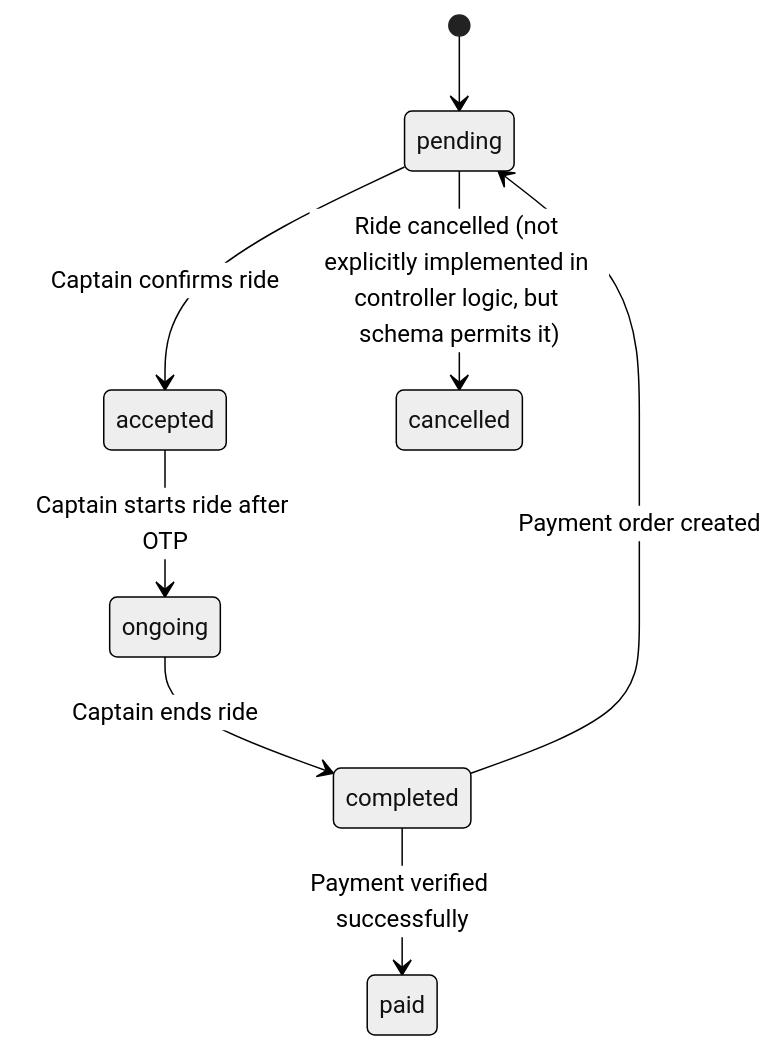
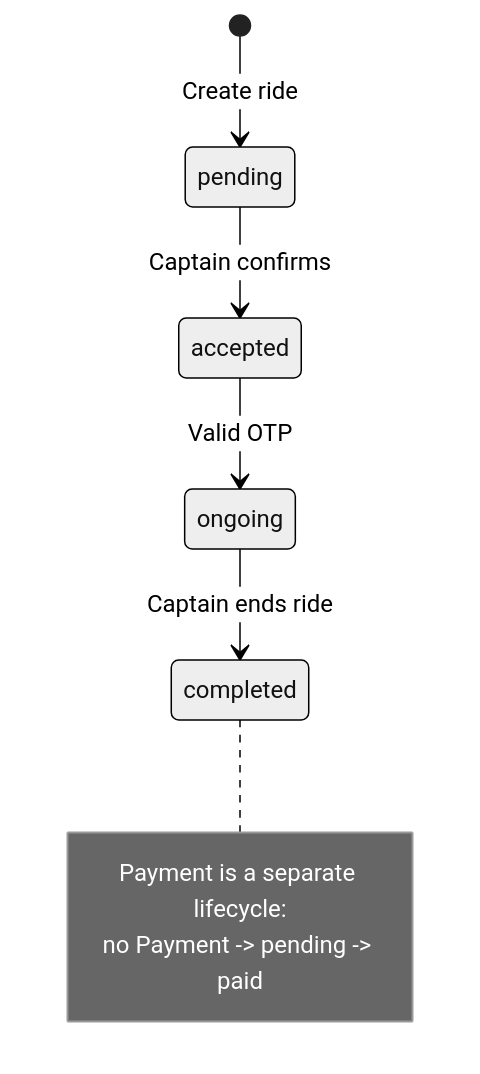
One commit to himanshu-sahu-027/goSafar changed diagram 12 of 15 in README.md. Above: the diagram before and after it, drawn with Mermaid (neutral theme). The commit also changed other lines of this file and 29 other files, not shown here.

First line of the commit message:
feat: add Google Sign-In functionality to Captain and User authentication flows

````diff
--- a/README.md
+++ b/README.md
@@ -316,10 +383,11 @@
 ```mermaid
 stateDiagram-v2
-    [*] --> pending
-    pending --> accepted: Captain confirms ride
-    accepted --> ongoing: Captain starts ride after OTP
+    [*] --> pending: Create ride
+    pending --> accepted: Captain confirms
+    accepted --> ongoing: Valid OTP
     ongoing --> completed: Captain ends ride
-    pending --> cancelled: Ride cancelled (not explicitly implemented in controller logic, but schema permits it)
-    completed --> paid: Payment verified successfully
-    completed --> pending: Payment order created
+    note right of completed
+        Payment is a separate lifecycle:
+        no Payment -> pending -> paid
+    end note
 ```
````
